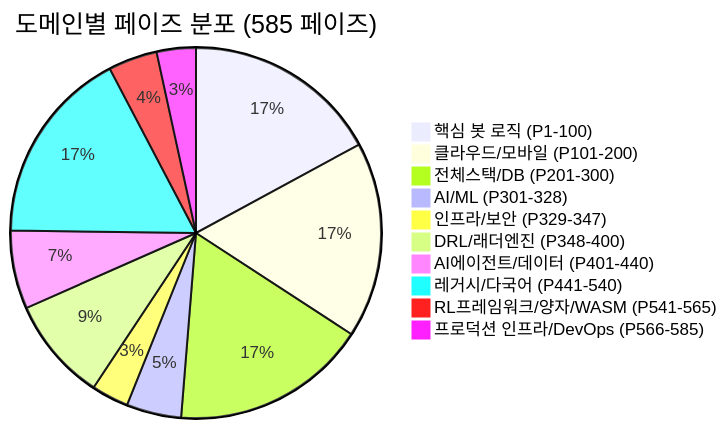
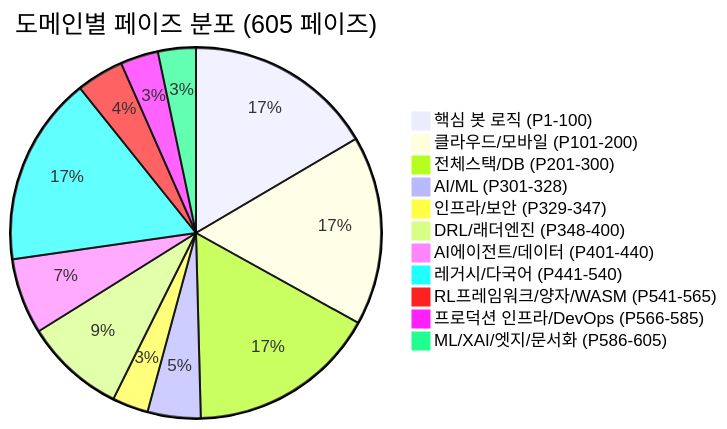
One commit to sun475300-sudo/Swarm-control-in-sc2bot changed diagram 23 of 30 in README.md. Above: the diagram before and after it, drawn with Mermaid. The commit also changed other lines of this file and 20 other files, not shown here.

First line of the commit message:
Phase 586-605: ML/XAI/엣지/문서화 20개 페이즈 + README P605 업데이트

````diff
--- a/README.md
+++ b/README.md
@@ -1025,13 +1035,14 @@
 ```mermaid
-pie title 도메인별 페이즈 분포 (585 페이즈)
+pie title 도메인별 페이즈 분포 (605 페이즈)
     "핵심 봇 로직 (P1-100)" : 100
     "클라우드/모바일 (P101-200)" : 100
     "전체스택/DB (P201-300)" : 100
     "AI/ML (P301-328)" : 28
     "인프라/보안 (P329-347)" : 19
     "DRL/래더엔진 (P348-400)" : 53
     "AI에이전트/데이터 (P401-440)" : 40
     "레거시/다국어 (P441-540)" : 100
     "RL프레임워크/양자/WASM (P541-565)" : 25
     "프로덕션 인프라/DevOps (P566-585)" : 20
+    "ML/XAI/엣지/문서화 (P586-605)" : 20
 ```
````
